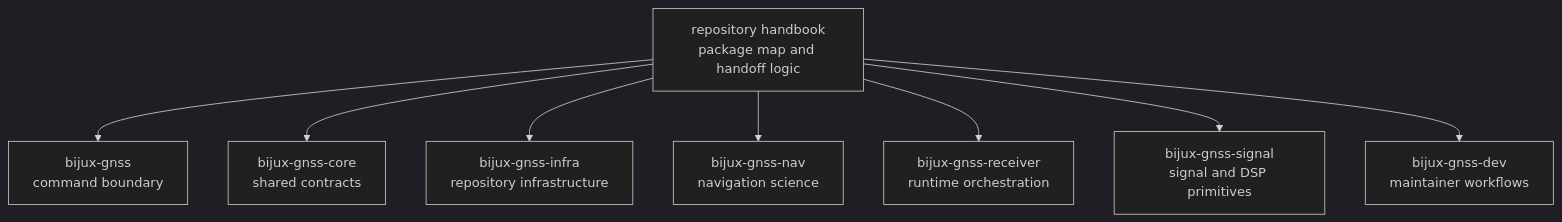
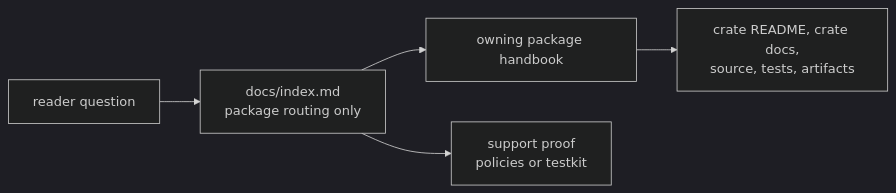
One commit to bijux/bijux-telecom changed the diagram in docs/index.md. Above: the diagram before and after it, drawn with Mermaid (dark theme). The commit also changed other lines of this file, not shown here.

Commit message:
docs(handbook): sharpen repository ownership routes

````diff
--- a/docs/index.md
+++ b/docs/index.md
@@ -59,19 +49,13 @@
 ```mermaid
-flowchart TB
-    root["repository handbook<br/>package map and handoff logic"]
-    gnss["bijux-gnss<br/>command boundary"]
-    core["bijux-gnss-core<br/>shared contracts"]
-    infra["bijux-gnss-infra<br/>repository infrastructure"]
-    nav["bijux-gnss-nav<br/>navigation science"]
-    receiver["bijux-gnss-receiver<br/>runtime orchestration"]
-    signal["bijux-gnss-signal<br/>signal and DSP primitives"]
-    dev["bijux-gnss-dev<br/>maintainer workflows"]
+flowchart LR
+    reader["reader question"]
+    root["docs/index.md<br/>package routing only"]
+    owner["owning package handbook"]
+    proof["crate README, crate docs,<br/>source, tests, artifacts"]
+    support["support proof<br/>policies or testkit"]
 
-    root --> gnss
-    root --> core
-    root --> infra
-    root --> nav
-    root --> receiver
-    root --> signal
-    root --> dev
+    reader --> root
+    root --> owner
+    owner --> proof
+    root --> support
 ```
````
